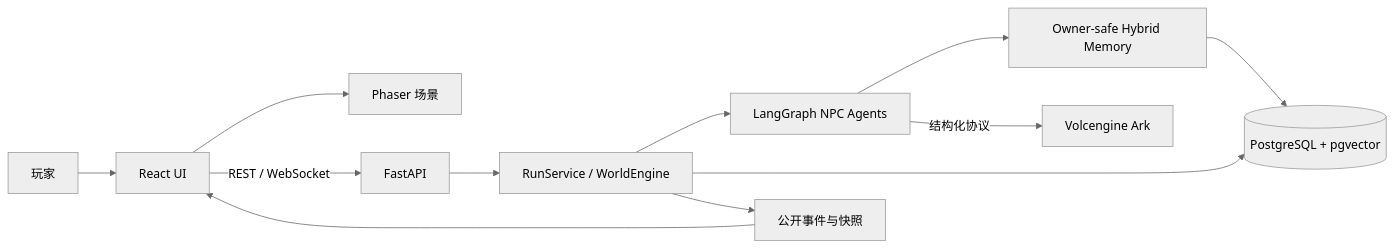
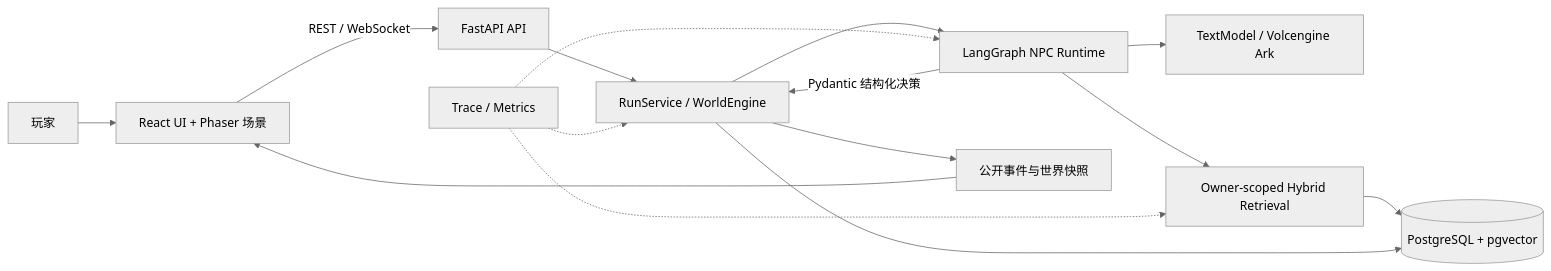
Before and after one commit to ll555yy/qinghuai-agent-world: the diagram in README.md, drawn with Mermaid (neutral theme). The commit also changed other lines of this file and 54 other files, not shown here.

````diff
--- a/README.md
+++ b/README.md
@@ -138,14 +13,17 @@
 ```mermaid
 flowchart LR
-    Player[玩家] --> UI[React UI]
-    UI --> Scene[Phaser 场景]
-    UI -->|REST / WebSocket| API[FastAPI]
-    API --> Service[RunService / WorldEngine]
-    Service --> Graph[LangGraph NPC Agents]
-    Graph --> Memory[Owner-safe Hybrid Memory]
-    Memory --> DB[(PostgreSQL + pgvector)]
-    Service --> DB
-    Graph -->|结构化协议| Model[Volcengine Ark]
-    Service --> Projection[公开事件与快照]
-    Projection --> UI
+    Player[玩家] --> Client[React UI + Phaser 场景]
+    Client -->|REST / WebSocket| API[FastAPI API]
+    API --> Orchestrator[RunService / WorldEngine]
+    Orchestrator --> Agent[LangGraph NPC Runtime]
+    Agent --> Model[TextModel / Volcengine Ark]
+    Agent --> Retrieval[Owner-scoped Hybrid Retrieval]
+    Retrieval --> DB[(PostgreSQL + pgvector)]
+    Orchestrator --> DB
+    Agent -->|Pydantic 结构化决策| Orchestrator
+    Orchestrator --> Projection[公开事件与世界快照]
+    Projection --> Client
+    Telemetry[Trace / Metrics] -.-> Agent
+    Telemetry -.-> Retrieval
+    Telemetry -.-> Orchestrator
 ```
````
